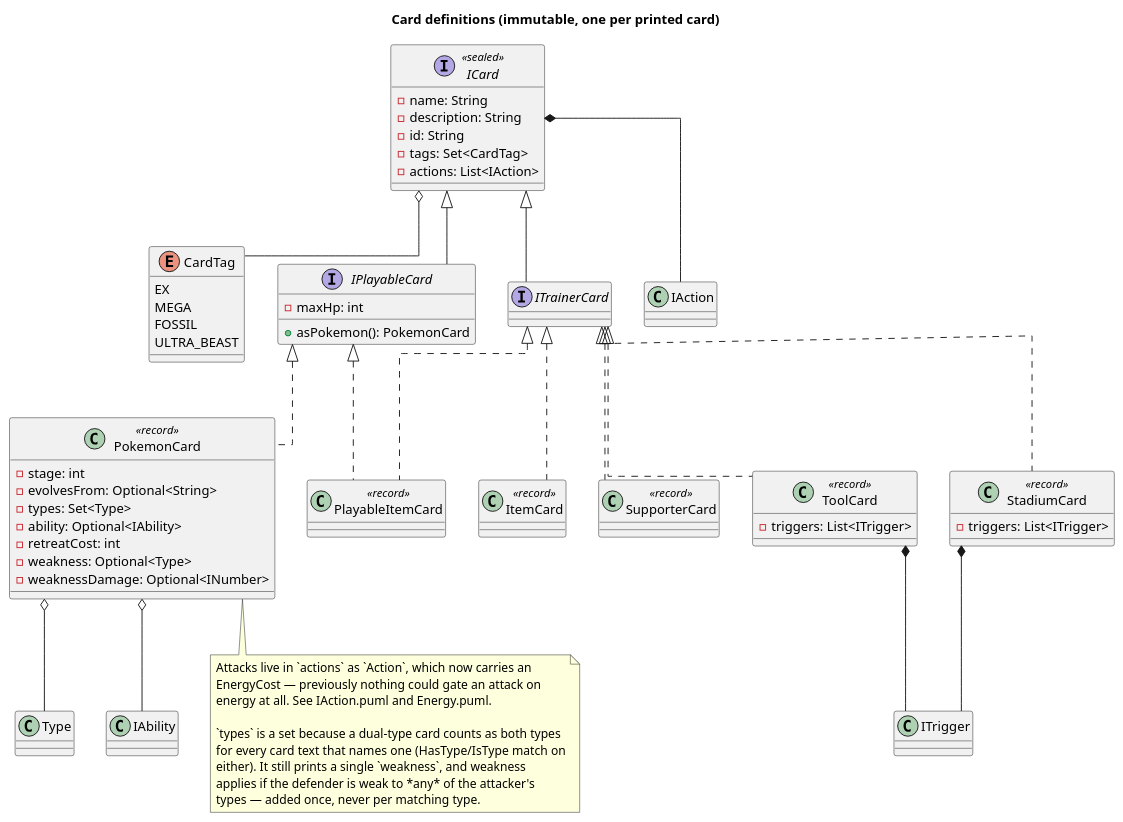
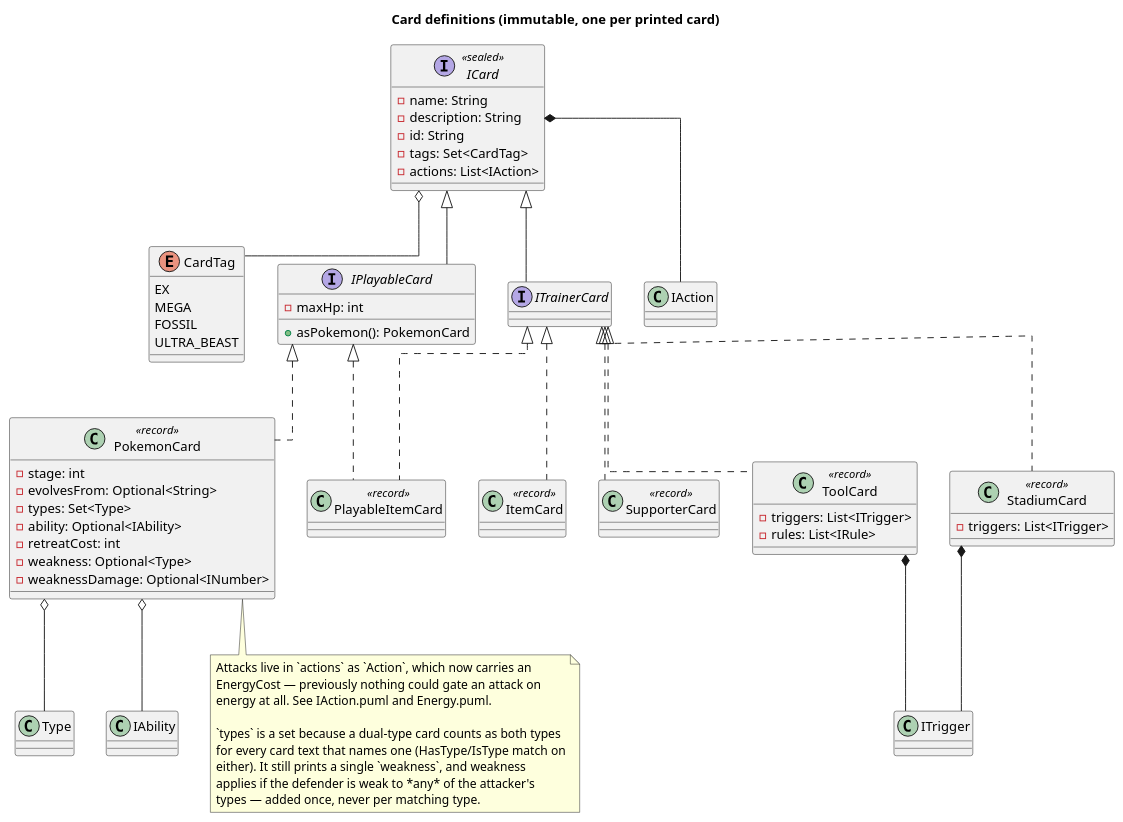
One commit to Richie-Moon/TCGPocketBattler changed the diagram in docs/UML/ICard.puml. Above: the diagram before and after it, drawn with PlantUML. The commit also changed 57 other files, not shown here.

```diff
--- a/docs/UML/ICard.puml
+++ b/docs/UML/ICard.puml
@@ -1,88 +1,89 @@
 @startuml
 title Card definitions (immutable, one per printed card)
 
 skinparam linetype ortho
 
 interface ICard <<sealed>> {
     - name: String
     - description: String
     - id: String
     /' Replaces the "will also need tags to track mega, EX, ..." TODO.
        Needed by the rules: knocking out an EX awards 2 points. '/
     - tags: Set<CardTag>
     - actions: List<IAction>
 }
 
 enum CardTag {
     EX
     MEGA
     FOSSIL
     ULTRA_BEAST
 }
 
 interface IPlayableCard extends ICard {
     /' Renamed from `hp`, which was ambiguous against INumber's MaxHP and
        CurrentHP. Current HP is damage taken off maxHp, tracked per instance
        on PokemonInPlay. Status and tool likewise moved to the instance. '/
     - maxHp: int
     /' What PokemonInPlay reads HP, type, attacks and ability from. A
        PokemonCard is itself; a Fossil is the Basic it is played as. '/
     + asPokemon(): PokemonCard
 }
 
 interface ITrainerCard extends ICard {
 }
 
 /' Fossil cards: an Item played to the Bench as a Basic Colorless Pokemon of
    its HP (asPokemon), with no attacks or weakness. Its IAction, discarding
    itself, is offered as an ActivatedAbility (Narrowed: an Ability blocker
    would wrongly stop it). RetreatAction refuses anything tagged FOSSIL. It
    is never an opening Pokemon, and the discard pile gets the Item card back. '/
 class PlayableItemCard <<record>> implements IPlayableCard, ITrainerCard {}
 
 class ItemCard <<record>> implements ITrainerCard {}
 
 class SupporterCard <<record>> implements ITrainerCard {}
 
 class ToolCard <<record>> implements ITrainerCard {
     - triggers: List<ITrigger>
+    - rules: List<IRule>
 }
 
 class StadiumCard <<record>> implements ITrainerCard {
     - triggers: List<ITrigger>
 }
 
 class PokemonCard <<record>> implements IPlayableCard {
     - stage: int
     /' Basics have none; a Stage 1/2 may only be played onto this species. '/
     - evolvesFrom: Optional<String>
     /' One or more; most cards print one, a dual-type card two. '/
     - types: Set<Type>
     - ability: Optional<IAbility>
     - retreatCost: int
     - weakness: Optional<Type>
     /' Always +20 in Pocket; kept as an INumber so the model does not hardcode
        one format's constant. '/
     - weaknessDamage: Optional<INumber>
 }
 
 ICard o-- CardTag
 ICard *-- IAction
 PokemonCard o-- Type
 PokemonCard o-- IAbility
 ToolCard *-- ITrigger
 StadiumCard *-- ITrigger
 
 note bottom of PokemonCard
   Attacks live in `actions` as `Action`, which now carries an
   EnergyCost — previously nothing could gate an attack on
   energy at all. See IAction.puml and Energy.puml.
 
   `types` is a set because a dual-type card counts as both types
   for every card text that names one (HasType/IsType match on
   either). It still prints a single `weakness`, and weakness
   applies if the defender is weak to *any* of the attacker's
   types — added once, never per matching type.
 end note
 
 @enduml
```
